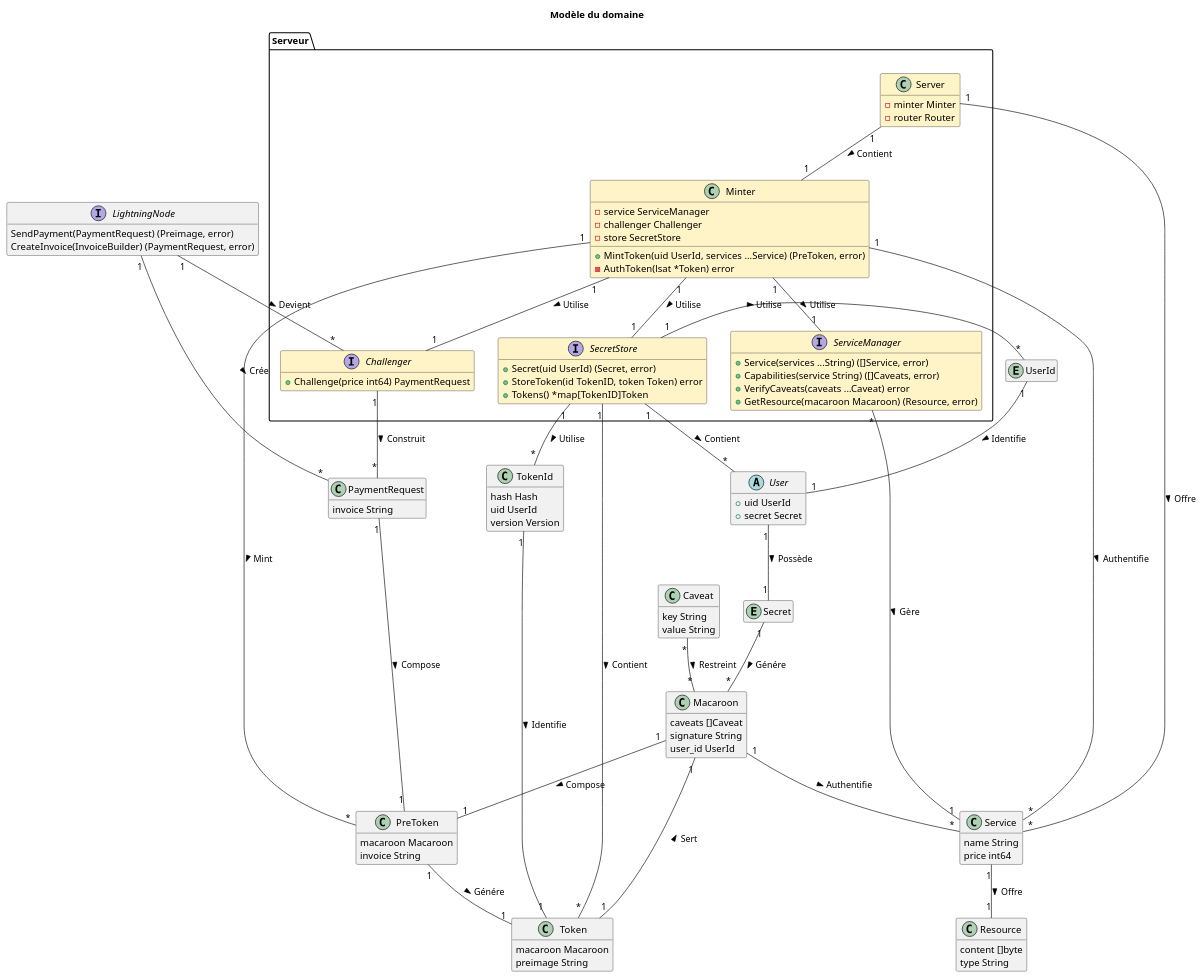
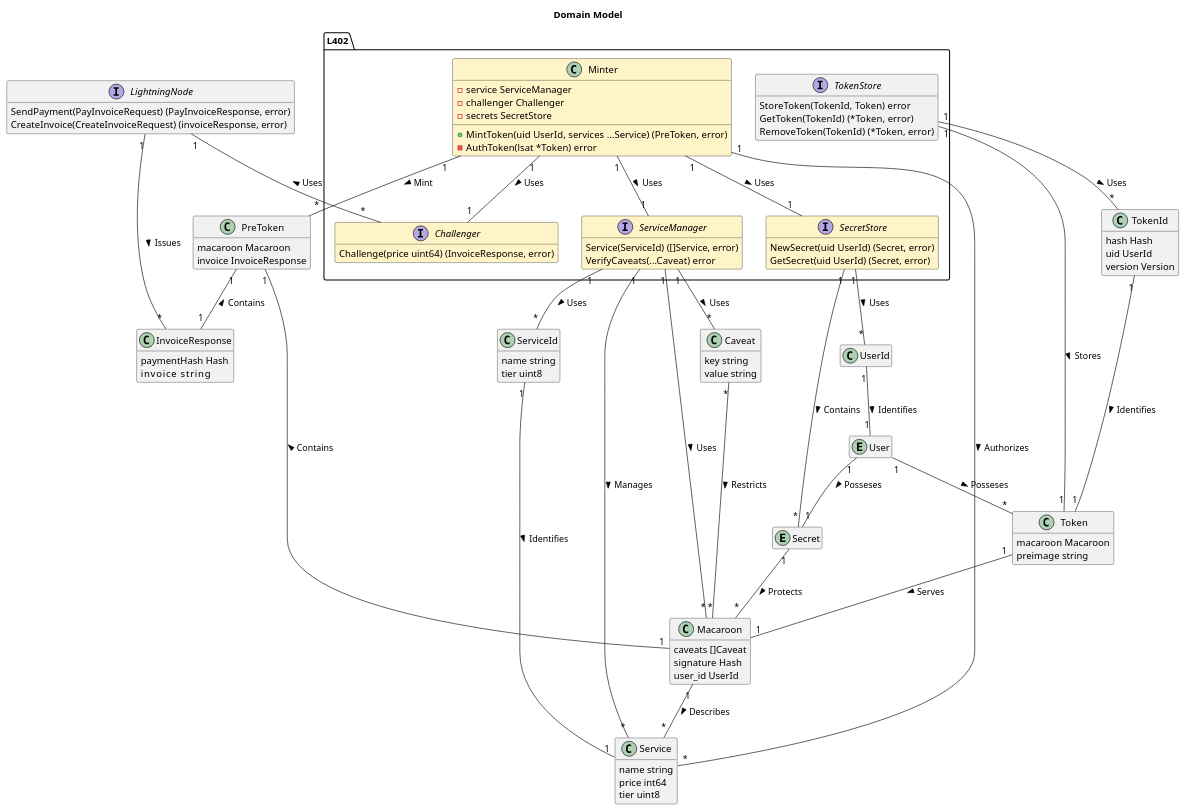
Before and after one commit to Byzantium-ETS/lsat: the diagram in CONTRIBUTING/MDD.puml, drawn with PlantUML. The commit also changed 6 other files, not shown here.

Commit message:
docs: fill in the readme and update the diagrams

```diff
--- a/CONTRIBUTING/MDD.puml
+++ b/CONTRIBUTING/MDD.puml
@@ -1,137 +1,133 @@
-@startuml
-title Modèle du domaine
+@startuml Domain Model
+title Domain Model
 
 skinparam class {
-  BackgroundColor<<Serveur>> #FFF4C8
+  BackgroundColor<<L402>> #FFF4C8
 }
 
 hide stereotype
 hide empty members
   
-entity "UserId" as Uid
+class "UserId" as Uid
 
 entity "Secret" as Sec
 
-abstract class "User" as U {
-  + uid UserId
-  + secret Secret
-}
+entity "User" as U
 
-package Serveur {
-  class "Server" as Se <<Serveur>> {
-    - minter Minter
-    - router Router
+package L402 {
+  interface "SecretStore" as SS <<L402>> {
+	  NewSecret(uid UserId) (Secret, error)
+	  GetSecret(uid UserId) (Secret, error)
   }
   
-  interface "SecretStore" as SS <<Serveur>>
+  interface "Challenger" as Ch <<L402>> {
+	  Challenge(price uint64) (InvoiceResponse, error)
+  }
   
-  SS : + Secret(uid UserId) (Secret, error)
-  SS : + StoreToken(id TokenID, token Token) error
-  SS : + Tokens() *map[TokenID]Token
+  interface "ServiceManager" as SM <<L402>> {
+    Service(ServiceId) ([]Service, error)
+    VerifyCaveats(...Caveat) error
+  }
   
-  interface "Challenger" as Ch <<Serveur>>
+  interface "TokenStore" as TS {
+    StoreToken(TokenId, Token) error
+    GetToken(TokenId) (*Token, error)
+    RemoveToken(TokenId) (*Token, error)
+  }
   
-  Ch : + Challenge(price int64) PaymentRequest
-  
-  interface "ServiceManager" as SM <<Serveur>>
-  
-  SM : + Service(services ...String) ([]Service, error)
-  SM : + Capabilities(service String) ([]Caveats, error)
-  SM : + VerifyCaveats(caveats ...Caveat) error
-  SM : + GetResource(macaroon Macaroon) (Resource, error)
-  
-  class "Minter" as Mi <<Serveur>> {
+  class "Minter" as Mi <<L402>> {
     - service ServiceManager
     - challenger Challenger
-    - store SecretStore
+    - secrets SecretStore
   }
   
   Mi : + MintToken(uid UserId, services ...Service) (PreToken, error)
   Mi : - AuthToken(lsat *Token) error
-
 }
 
 
-interface "LightningNode" as LN
-
-LN : SendPayment(PaymentRequest) (Preimage, error)
-LN : CreateInvoice(InvoiceBuilder) (PaymentRequest, error)
+interface "LightningNode" as LN {
+  SendPayment(PayInvoiceRequest) (PayInvoiceResponse, error)
+  CreateInvoice(CreateInvoiceRequest) (invoiceResponse, error)
+}
   
 class "Token" as Token {
   macaroon Macaroon
-  preimage String
+  preimage string
 }
     
 class "PreToken" as pToken {
   macaroon Macaroon
-  invoice String
+  invoice InvoiceResponse
 }
   
     
 class "Macaroon" as Mac {
   caveats []Caveat
-  signature String
+  signature Hash
   user_id UserId
 }
   
 class "TokenId" as Tid {
   hash Hash
   uid UserId
   version Version
 }
   
 class "Caveat" as Ca {
-  key String
-  value String
+  key string
+  value string
 }
 
+class "ServiceId" as SerId {
+  name string
+  tier uint8
+}
   
 class "Service" as Ser {
-  name String
+  name string
   price int64
+  tier uint8
 }
 
-class "Resource" as Rs {
-  content []byte
-  type String
-}
-  
-class "PaymentRequest" as PR {
-  invoice String
+class "InvoiceResponse" as PR {
+	paymentHash Hash
+	invoice     string
 }
 
-Token "1" -- "1" Mac : > Sert
-pToken "1" -- "1" Token : > Génére
+Token "1" -- "1" Mac : > Serves
+pToken "1" -- "1" Mac : < Contains
+pToken "1" -- "1" PR : < Contains
+
+Tid "1" -- "1" Token : > Identifies 
+Mac "1" -- "*" Ser : > Describes
+Ca "*" -- "*" Mac : > Restricts
+
+Mi "1" -- "*" Ser : > Authorizes
 Mi "1" -- "*" pToken : > Mint
-PR "1" -- "1" pToken : > Compose
-Mac "1" -- "1" pToken : > Compose
+Mi "1" -- "1" Ch : > Uses
+Mi "1" -- "1" SS : > Uses
+Mi "1" -- "1" SM : > Uses
 
-Tid "1" -- "1" Token : > Identifie 
-Mac "1" -- "*" Ser : > Authentifie
-Ca "*" -- "*" Mac : > Restreint
+SS "1" -- "*" Sec : > Contains
+SS "1" -- "*" Uid : > Uses
+Sec "1" -- "*" Mac : > Protects
 
-Mi "1" -- "1" Ch : > Utilise
-Mi "1" -- "1" SS : > Utilise
-Mi "1" -- "1" SM : > Utilise
+Uid "1" -- "1" U : > Identifies
+U "1" -- "1" Sec : > Posseses
+U "1" -- "*" Token : > Posseses
 
-SS "1" -- "*" U : > Contient
-SS "1" -- "*" Token : > Contient
-SS "1" -- "*" Uid : > Utilise
-SS "1" -- "*" Tid : > Utilise
-U "1" -- "1" Sec : > Possède
-Uid "1" -- "1" U : > Identifie
-Sec "1" -- "*" Mac : > Génére
+TS "1" -- "*" Tid : > Uses
+TS "1" -- "1" Token : > Stores
 
-Ser "1" -- "*" SM : < Gère
-Ch "1" -- "*" PR : > Construit
+SM "1" -- "*" SerId : > Uses
+SM "1" -- "*" Ser : > Manages
+SM "1" -- "*" Mac : > Uses
+SM "1" -- "*" Ca : > Uses
+SerId "1" -- "1" Ser : > Identifies
 
-Se "1" -- "1" Mi : > Contient
-Se "1" -- "*" Ser : > Offre
+LN "1" -- "*" Ch : < Uses
+LN "1" -- "*" PR : > Issues
 
-LN "1" -- "*" Ch : > Devient
-LN "1" -- "*" PR : > Crée
-
-Ser "1" -- "1" Rs : > Offre
-Mi "1" -- "*" Ser : > Authentifie
 
 @enduml
```
